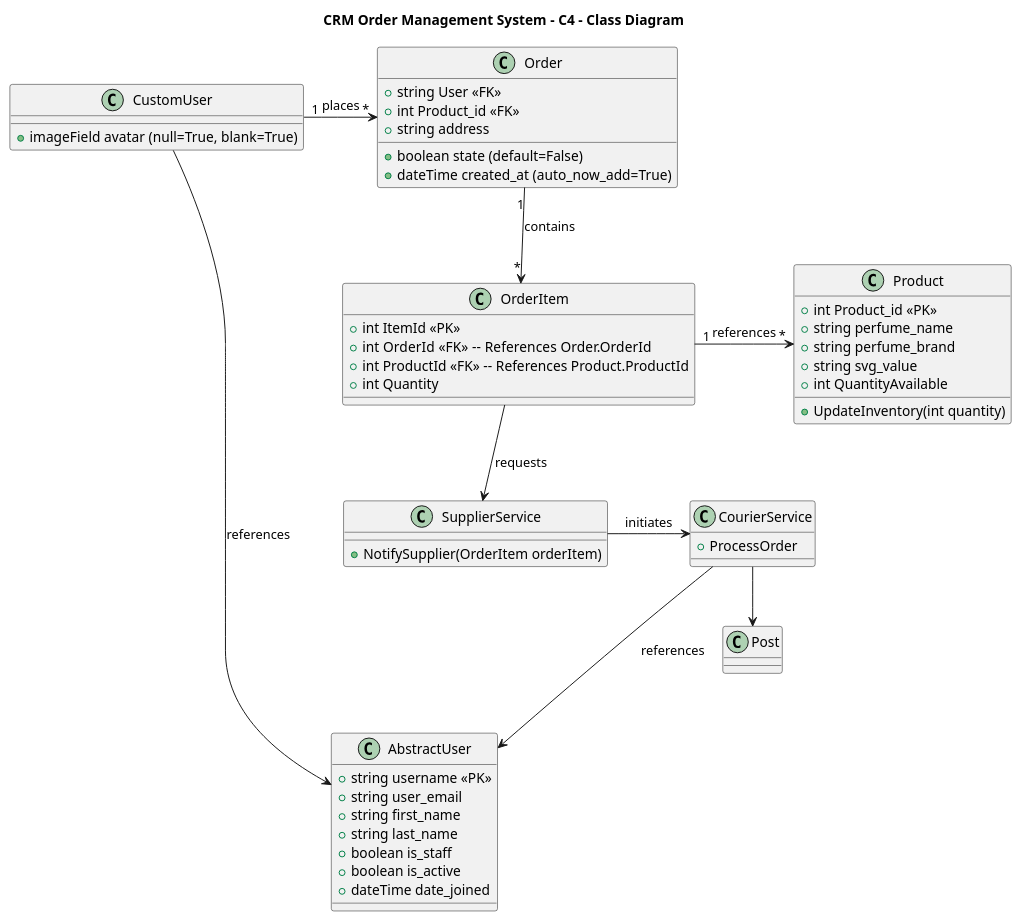
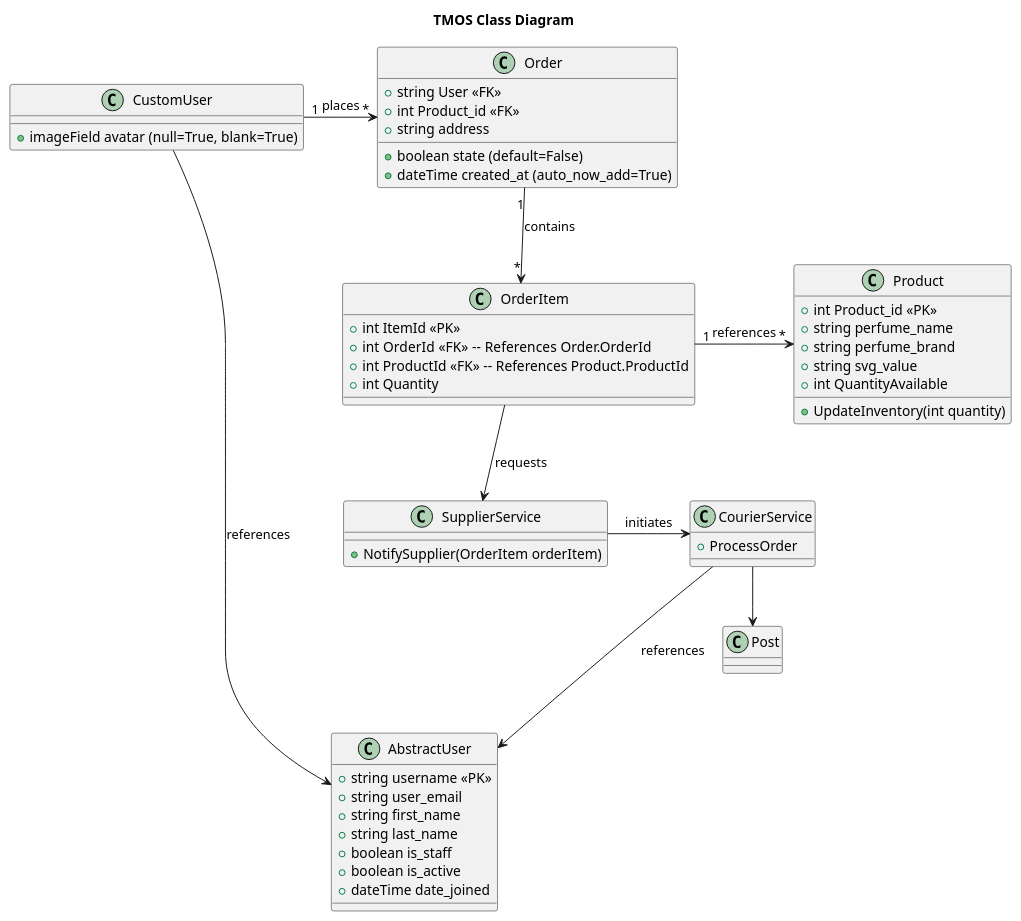
The diagram in docs/architecture/tmos_class.puml (pmwong008/PlantUML_boot), drawn with PlantUML before and after one commit. The commit also changed 1 other file, not shown here.

Commit message:
System diagram added.

```diff
--- a/docs/architecture/tmos_class.puml
+++ b/docs/architecture/tmos_class.puml
@@ -1,65 +1,65 @@
 @startuml
 
-title CRM Order Management System - C4 - Class Diagram
+title TMOS Class Diagram
 
 class AbstractUser {
     + string username <<PK>>
     + string user_email
     + string first_name
     + string last_name
     + boolean is_staff
     + boolean is_active
     + dateTime date_joined
 
 }
 class CustomUser {
 	+ imageField avatar (null=True, blank=True)
 }
 
 class Order {
 	+ string User <<FK>>
 	+ int Product_id <<FK>>
 	+ string address
 	+ boolean state (default=False)
 	+ dateTime created_at (auto_now_add=True)
 }
 
 class OrderItem {
   + int ItemId <<PK>>
   + int OrderId <<FK>> -- References Order.OrderId
   + int ProductId <<FK>> -- References Product.ProductId
   + int Quantity
 }
 
 class Product {
     + int Product_id <<PK>>
     + string perfume_name
 	+ string perfume_brand
 	+ string svg_value
     + int QuantityAvailable
     + UpdateInventory(int quantity)
 }
 
 class CourierService {
   + ProcessOrder
 }
 
 class SupplierService {
   + NotifySupplier(OrderItem orderItem)
 }
 
 
 class Post {
 }
 
 CustomUser "1" -> "*" Order : places
 CustomUser --> AbstractUser : references
 Order "1" --> "*" OrderItem : contains
 OrderItem "1" -> "*" Product : "references"
 SupplierService -> CourierService : initiates
 CourierService ---> AbstractUser : "references"
 CourierService --> Post
 
 OrderItem --> SupplierService : "requests"
 
 @enduml
```
